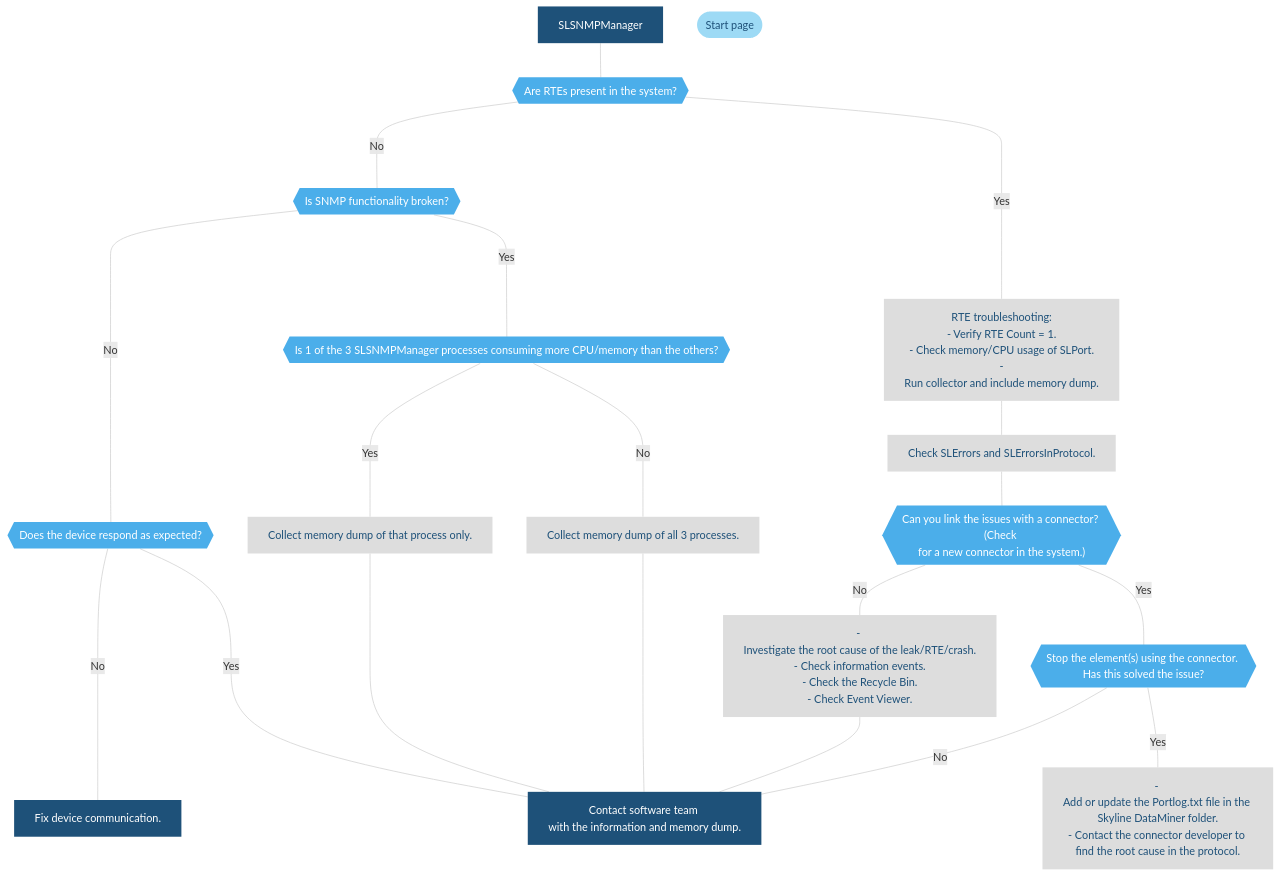
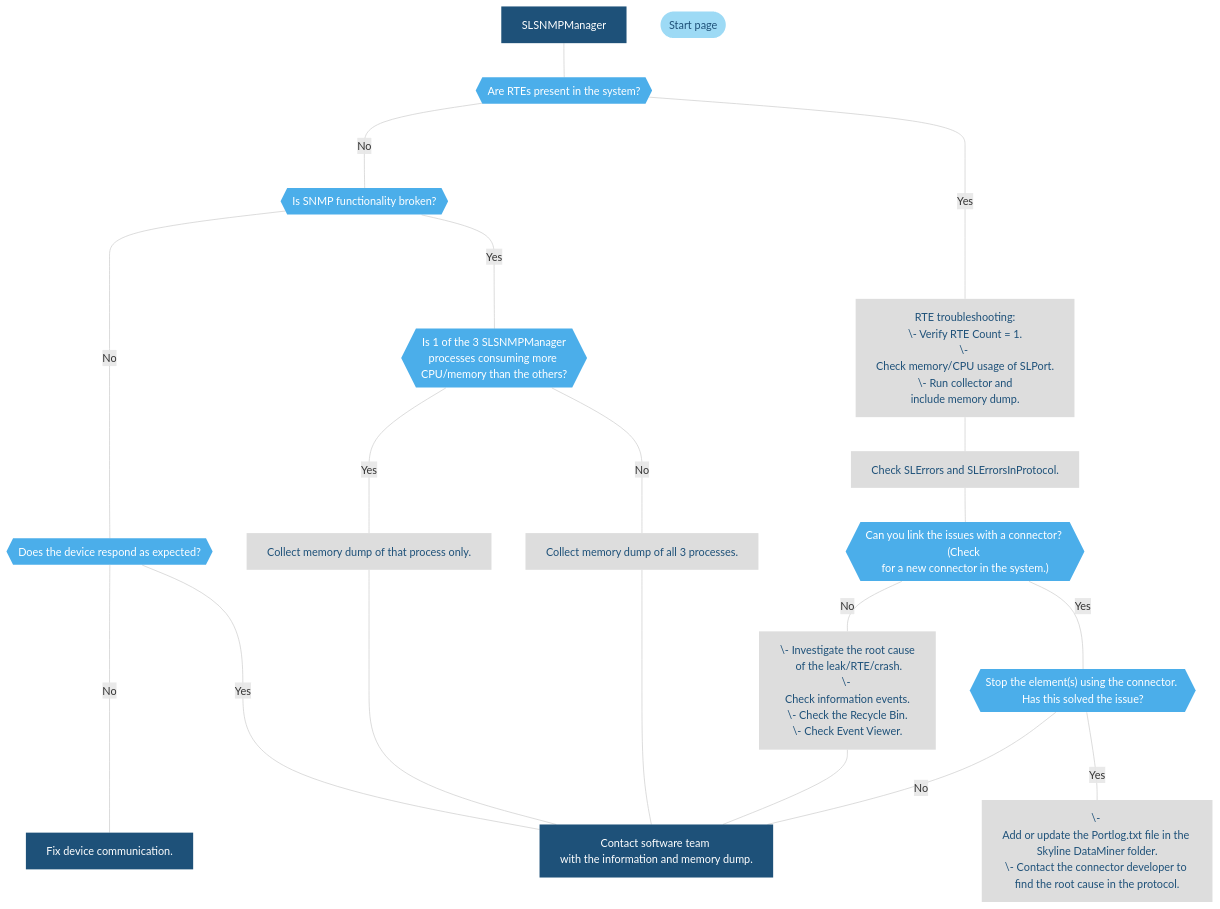
The diagram in user-guide/Troubleshooting/Troubleshooting_Flowcharts/Troubleshooting_Process_Identification/Polling_processes/Troubleshooting_SLSNMPManager_exe.md (SkylineCommunications/dataminer-docs), drawn with Mermaid before and after one commit. The commit also changed 13 other files, not shown here.

````diff
--- a/user-guide/Troubleshooting/Troubleshooting_Flowcharts/Troubleshooting_Process_Identification/Polling_processes/Troubleshooting_SLSNMPManager_exe.md
+++ b/user-guide/Troubleshooting/Troubleshooting_Flowcharts/Troubleshooting_Process_Identification/Polling_processes/Troubleshooting_SLSNMPManager_exe.md
@@ -15,33 +15,33 @@
 ```mermaid
 %%{init: { 'theme': 'base', 'themeVariables': { 'edgeLabelBackground':'#fff', 'fontFamily' : 'Segoe UI'}}}%%
 flowchart TD
 Title["SLSNMPManager"]:::Start
 Title---L{{"Are RTEs present in the system?"}}:::Decision
 L----|No|U{{"Is SNMP functionality broken?"}}:::Decision
 U----|No|S{{"Does the device respond as expected?"}}:::Decision
 S----|No|T["Fix device communication."]:::Start
 S----|Yes|I
-U----|Yes|M{{"Is 1 of the 3 SLSNMPManager processes consuming more CPU/memory than the others?"}}:::Decision
+U----|Yes|M{{"Is 1 of the 3 SLSNMPManager<br>processes consuming more <br>CPU/memory than the others?"}}:::Decision
 M----|Yes|V["Collect memory dump of that process only."]:::InfoAccNoClick
 V----I
 M----|No|W["Collect memory dump of all 3 processes."]:::InfoAccNoClick
 W----I
-L---|Yes|F["RTE troubleshooting:<br/>- Verify RTE Count = 1.<br/>- Check memory/CPU usage of SLPort.<br/> - Run collector and include memory dump."]:::InfoAccNoClick
+L---|Yes|F["RTE troubleshooting:<br/>\- Verify RTE Count = 1.<br/>\- Check memory/CPU usage of SLPort.<br/>\- Run collector and<br>include memory dump."]:::InfoAccNoClick
 F---G["Check SLErrors and SLErrorsInProtocol."]:::InfoAccNoClick
 G---H{{"Can you link the issues with a connector? (Check for a new connector in the system.)"}}:::Decision
 H---|Yes| K{{"Stop the element(s) using the connector. Has this solved the issue?"}}:::Decision
-H---|No| J["- Investigate the root cause of the leak/RTE/crash.<br/>- Check information events.<br/>- Check the Recycle Bin.<br/>- Check Event Viewer."]:::InfoAccNoClick
+H---|No| J["\- Investigate the root cause<br> of the leak/RTE/crash.<br/>\- Check information events.<br/>\- Check the Recycle Bin.<br/>\- Check Event Viewer."]:::InfoAccNoClick
 J---I
-K---|Yes| Log["- Add or update the Portlog.txt file in the Skyline DataMiner folder.<br/>- Contact the connector developer to find the root cause in the protocol."]:::InfoAccNoClick
+K---|Yes| Log["\- Add or update the Portlog.txt file in the Skyline DataMiner folder.<br/>\- Contact the connector developer to find the root cause in the protocol."]:::InfoAccNoClick
 K---|No| I["Contact software team with the information and memory dump."]:::Start
 XX([Start page]):::External
 click XX "/user-guide/Troubleshooting/Troubleshooting_Flowcharts/Finding_a_Root_Cause.html" "Go to the start page"
 linkStyle default stroke:#cccccc
 classDef ExtRef fill:#9DDAF5,stroke:#000070,stroke-width:0px, color:#1E5179;
 classDef Decision fill:#4BAEEA,stroke:#000070,stroke-width:0px, color:#FFFFFF;
 classDef Start fill:#1E5179,stroke:#000070,stroke-width:0px, color:#FFFFFF;
 classDef Solution fill:#58595B,stroke:#000070,stroke-width:0px, color:#FFFFFF;
 classDef InfoAccClick fill:#999999,stroke:#000070,stroke-width:0px, color:#FFFFFF;
 classDef InfoAccNoClick fill:#DDDDDD,stroke:#000070,stroke-width:0px, color:#1E5179;
 classDef External fill:#9DDAF5,stroke:#000070,stroke-width:0px, color:#1E5179;
 ```
````
